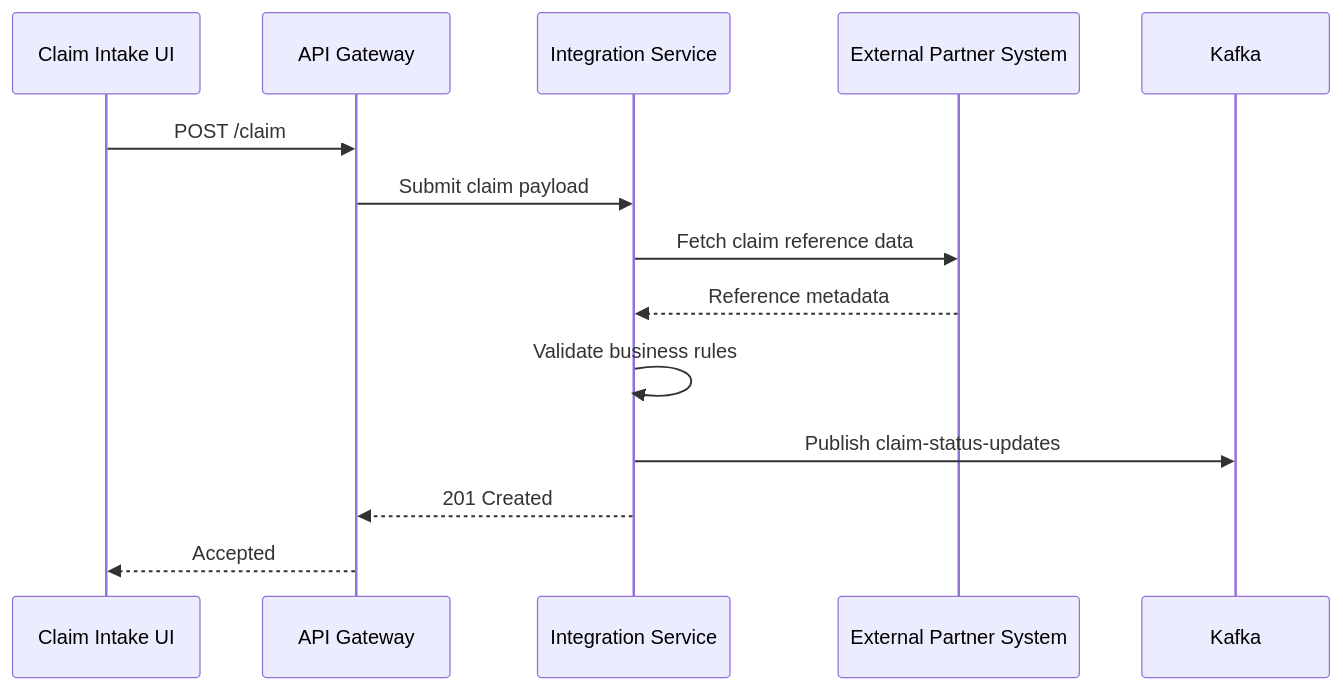
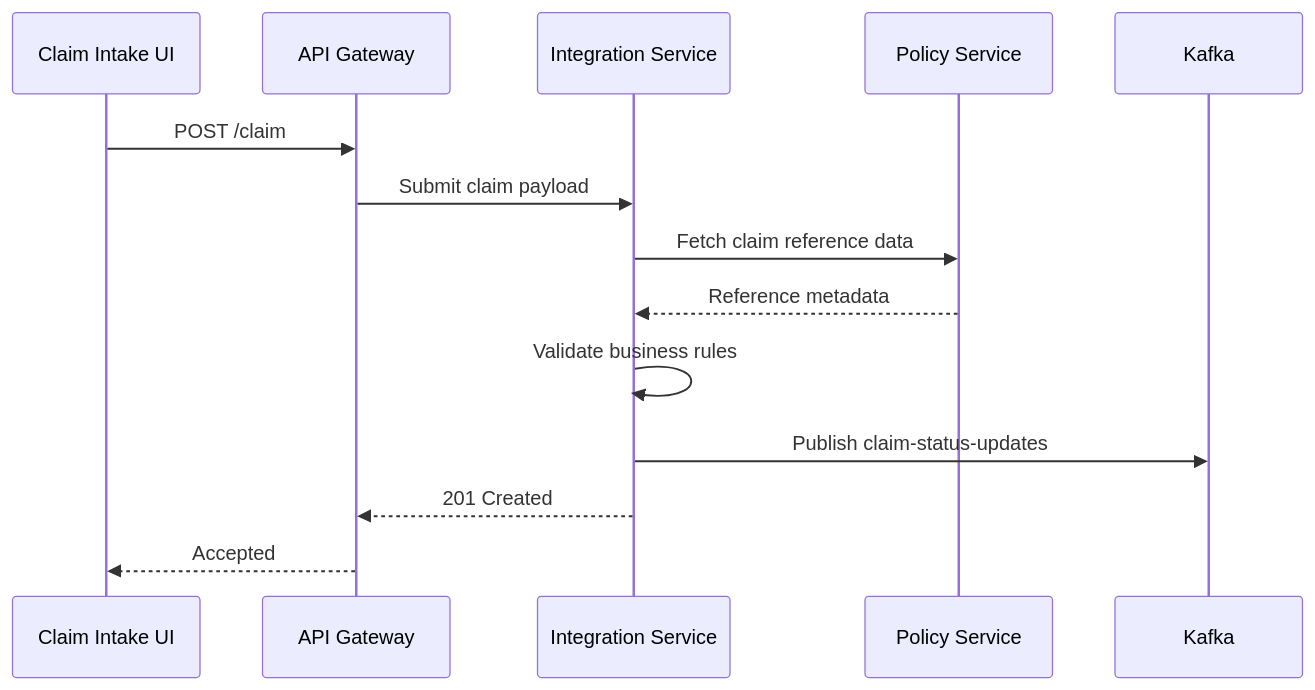
Before and after one commit to srinivma1/awesome-copilot: the second of 7 diagrams in HLD.md, drawn with Mermaid. The commit also changed other lines of this file, not shown here.

````diff
--- a/HLD.md
+++ b/HLD.md
@@ -539,16 +539,16 @@
 ```mermaid
 sequenceDiagram
     participant UI as Claim Intake UI
     participant GW as API Gateway
     participant S as Integration Service
-    participant P as External Partner System
+    participant P as Policy Service
     participant K as Kafka
     UI->>GW: POST /claim
     GW->>S: Submit claim payload
     S->>P: Fetch claim reference data
     P-->>S: Reference metadata
     S->>S: Validate business rules
     S->>K: Publish claim-status-updates
     S-->>GW: 201 Created
     GW-->>UI: Accepted
 ```
````
